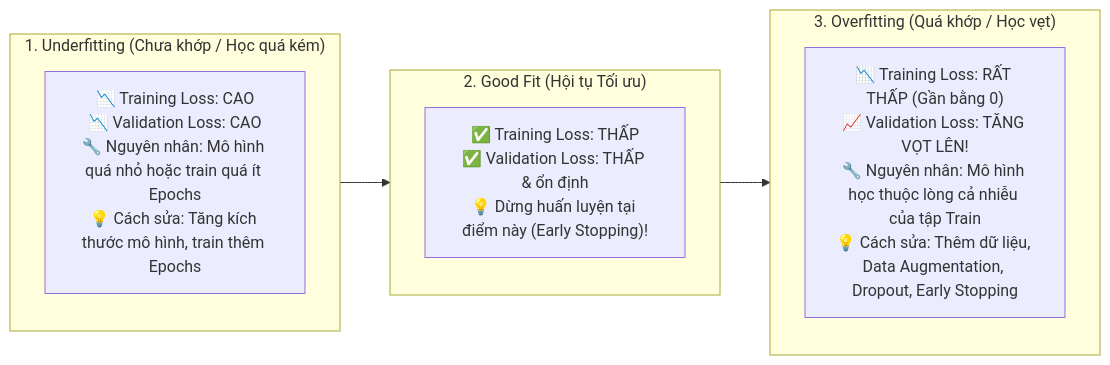
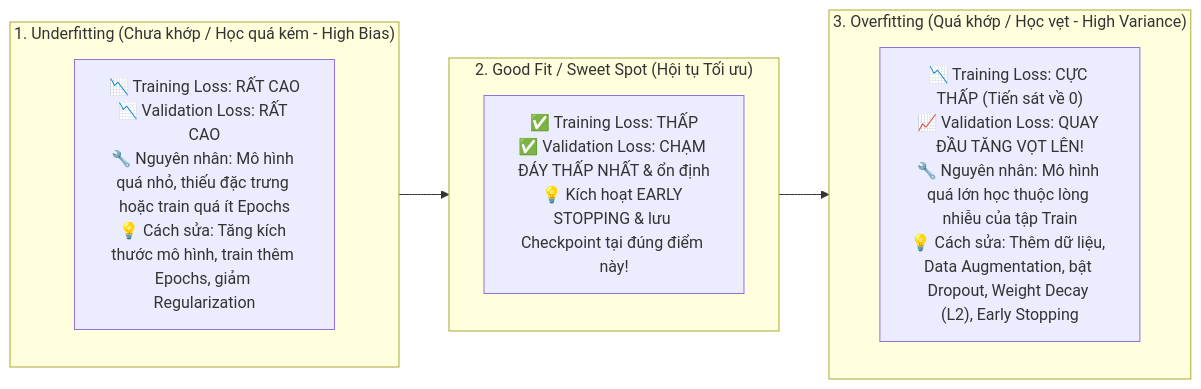
Before and after one commit to nxthanh2904/nca-genl: the third of 5 diagrams in Module_07_Model_Training_and_Lifecycle.md, drawn with Mermaid. The commit also changed other lines of this file and 11 other files, not shown here.

````diff
--- a/Module_07_Model_Training_and_Lifecycle.md
+++ b/Module_07_Model_Training_and_Lifecycle.md
@@ -85,16 +110,16 @@
 ```mermaid
 flowchart LR
-    subgraph UF["1. Underfitting (Chưa khớp / Học quá kém)"]
-        U1["📉 Training Loss: CAO<br/>📉 Validation Loss: CAO<br/>🔧 Nguyên nhân: Mô hình quá nhỏ hoặc train quá ít Epochs<br/>💡 Cách sửa: Tăng kích thước mô hình, train thêm Epochs"]
+    subgraph UF["1. Underfitting (Chưa khớp / Học quá kém - High Bias)"]
+        U1["📉 Training Loss: RẤT CAO<br/>📉 Validation Loss: RẤT CAO<br/>🔧 Nguyên nhân: Mô hình quá nhỏ, thiếu đặc trưng hoặc train quá ít Epochs<br/>💡 Cách sửa: Tăng kích thước mô hình, train thêm Epochs, giảm Regularization"]
     end
 
-    subgraph Good["2. Good Fit (Hội tụ Tối ưu)"]
-        G1["✅ Training Loss: THẤP<br/>✅ Validation Loss: THẤP & ổn định<br/>💡 Dừng huấn luyện tại điểm này (Early Stopping)!"]
+    subgraph Good["2. Good Fit / Sweet Spot (Hội tụ Tối ưu)"]
+        G1["✅ Training Loss: THẤP<br/>✅ Validation Loss: CHẠM ĐÁY THẤP NHẤT & ổn định<br/>💡 Kích hoạt EARLY STOPPING & lưu Checkpoint tại đúng điểm này!"]
     end
 
-    subgraph OF["3. Overfitting (Quá khớp / Học vẹt)"]
-        O1["📉 Training Loss: RẤT THẤP (Gần bằng 0)<br/>📈 Validation Loss: TĂNG VỌT LÊN!<br/>🔧 Nguyên nhân: Mô hình học thuộc lòng cả nhiễu của tập Train<br/>💡 Cách sửa: Thêm dữ liệu, Data Augmentation, Dropout, Early Stopping"]
+    subgraph OF["3. Overfitting (Quá khớp / Học vẹt - High Variance)"]
+        O1["📉 Training Loss: CỰC THẤP (Tiến sát về 0)<br/>📈 Validation Loss: QUAY ĐẦU TĂNG VỌT LÊN!<br/>🔧 Nguyên nhân: Mô hình quá lớn học thuộc lòng nhiễu của tập Train<br/>💡 Cách sửa: Thêm dữ liệu, Data Augmentation, bật Dropout, Weight Decay (L2), Early Stopping"]
     end
 
     UF --> Good --> OF
 ```
````
